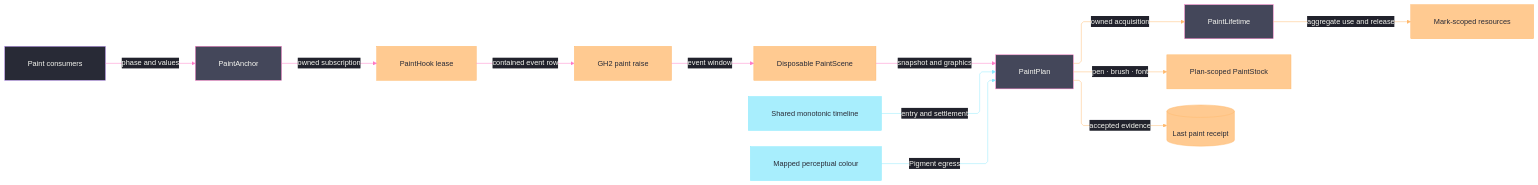
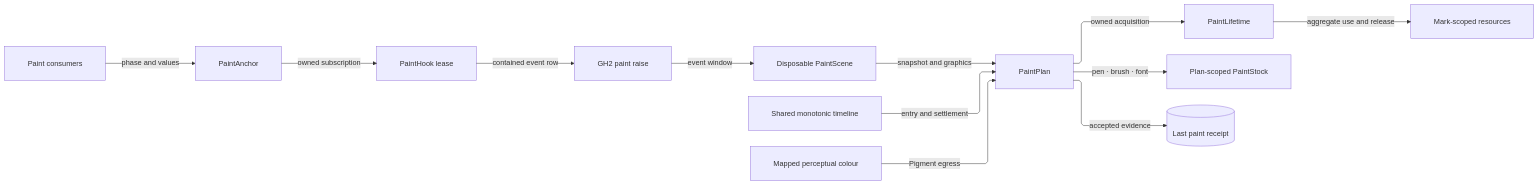
The diagram in libs/csharp/Rasm.Grasshopper/.planning/Canvas/paint.md (bsamiee/Rasm), drawn with Mermaid before and after one commit. The commit also changed other lines of this file and 293 other files, not shown here.

````diff
--- a/libs/csharp/Rasm.Grasshopper/.planning/Canvas/paint.md
+++ b/libs/csharp/Rasm.Grasshopper/.planning/Canvas/paint.md
@@ -946,49 +946,23 @@
 ```mermaid
 ---
 config:
-  theme: base
-  look: classic
   layout: elk
   flowchart:
     curve: linear
     padding: 25
-  themeVariables:
-    darkMode: true
-    fontFamily: "SF Mono, Menlo, Cascadia Mono, Segoe UI Mono, Consolas, monospace"
-    useGradient: false
-    dropShadow: "none"
-    background: "#282A36"
-    primaryColor: "#44475A"
-    primaryTextColor: "#F8F8F2"
-    primaryBorderColor: "#BD93F9"
-    lineColor: "#FF79C6"
-    textColor: "#F8F8F2"
-    edgeLabelBackground: "#21222C"
-    labelBackgroundColor: "#21222C"
-  themeCSS: ".nodeLabel{font-size:13px;font-weight:500}.edgeLabel{font-size:12px;font-weight:500}.cluster-label .nodeLabel{font-size:13.5px;font-weight:700;letter-spacing:.08em}.edge-thickness-normal{stroke-width:2px}.edge-thickness-thick{stroke-width:3px}.edge-pattern-dashed,.edge-pattern-dotted{stroke-width:1.5px;stroke-dasharray:4 6}.node rect,.node circle,.node polygon,.node path,.node .outer-path{stroke-width:1.5px;filter:none!important}.cluster rect{stroke-width:1px!important;stroke-dasharray:5 4!important;filter:none!important}.marker path{transform:scale(.8);transform-origin:5px 5px}.marker circle{transform:scale(.48);transform-origin:5px 5px}.edgeLabel rect{transform-box:fill-box;transform-origin:center;transform:scale(1.1,1.2)}"
 ---
 flowchart LR
     accTitle: Paint resource ownership flow
     accDescr: A canvas paint raise creates one disposable scene, executes declarative marks with monotonic evidence, and routes every cached or temporary resource to its exact release owner.
     Painter["Paint consumers"] -->|phase and values| Anchor["PaintAnchor"]
     Anchor -->|owned subscription| Hook["PaintHook lease"]
     Hook -->|contained event row| Host["GH2 paint raise"]
     Host -->|event window| Scene["Disposable PaintScene"]
     Scene -->|snapshot and graphics| Plan["PaintPlan"]
     Timeline["Shared monotonic timeline"] -->|entry and settlement| Plan
     Kernel["Mapped perceptual colour"] -->|Pigment egress| Plan
     Plan -->|owned acquisition| Lifetime["PaintLifetime"]
     Lifetime -->|aggregate use and release| Temporary["Mark-scoped resources"]
     Plan -->|pen · brush · font| Stock["Plan-scoped PaintStock"]
     Plan -->|accepted evidence| Receipt[("Last paint receipt")]
-    linkStyle 5,6 stroke:#8BE9FD,color:#F8F8F2
-    linkStyle 7,8,9,10 stroke:#FFB86C,color:#F8F8F2
-    classDef primary fill:#44475A,stroke:#FF79C6,color:#F8F8F2
-    classDef boundary fill:#282A36,stroke:#BD93F9,color:#F8F8F2
-    classDef external fill:#8BE9FDBF,stroke:#8BE9FD,color:#282A36
-    classDef data fill:#FFB86CBF,stroke:#FFB86C,color:#282A36
-    class Painter boundary
-    class Anchor,Plan,Lifetime primary
-    class Timeline,Kernel external
-    class Hook,Host,Scene,Temporary,Stock,Receipt data
 ```
````
